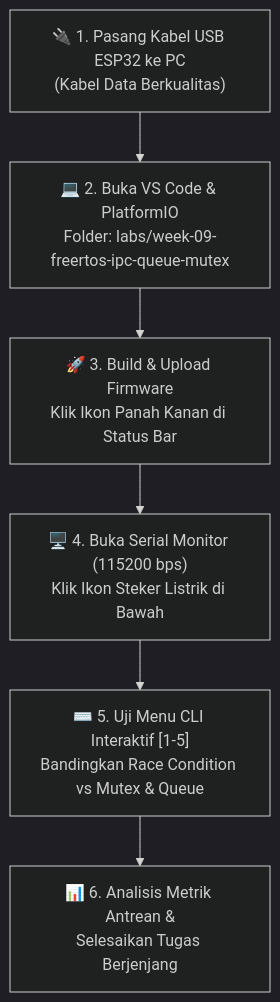
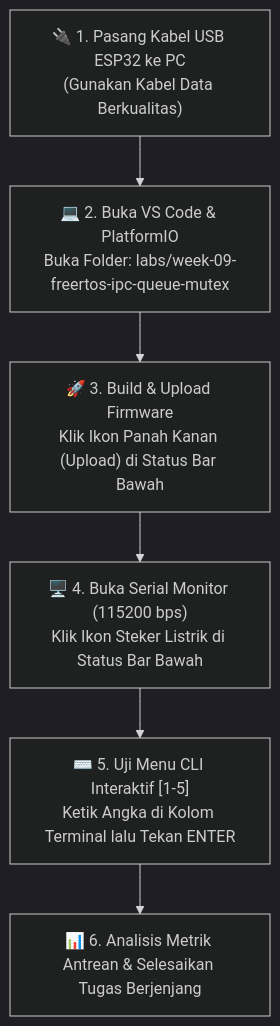
One commit to antonprafanto/embeddedsystem changed the first of 2 diagrams in labs/week-09-freertos-ipc-queue-mutex/README.md. Above: the diagram before and after it, drawn with Mermaid (dark theme). The commit also changed other lines of this file and 7 other files, not shown here.

Commit message:
docs(week-09): enhance beginner-friendly guide with 6 technical diagrams, onboarding tools, and academic citations

````diff
--- a/labs/week-09-freertos-ipc-queue-mutex/README.md
+++ b/labs/week-09-freertos-ipc-queue-mutex/README.md
@@ -22,8 +24,8 @@
 ```mermaid
 flowchart TD
-    A["🔌 1. Pasang Kabel USB ESP32 ke PC<br>(Kabel Data Berkualitas)"] --> B["💻 2. Buka VS Code & PlatformIO<br>Folder: labs/week-09-freertos-ipc-queue-mutex"]
-    B --> C["🚀 3. Build & Upload Firmware<br>Klik Ikon Panah Kanan di Status Bar"]
-    C --> D["🖥️ 4. Buka Serial Monitor (115200 bps)<br>Klik Ikon Steker Listrik di Bawah"]
-    D --> E["⌨️ 5. Uji Menu CLI Interaktif [1-5]<br>Bandingkan Race Condition vs Mutex & Queue"]
-    E --> F["📊 6. Analisis Metrik Antrean &<br>Selesaikan Tugas Berjenjang"]
+    A["🔌 1. Pasang Kabel USB ESP32 ke PC<br>(Gunakan Kabel Data Berkualitas)"] --> B["💻 2. Buka VS Code & PlatformIO<br>Buka Folder: labs/week-09-freertos-ipc-queue-mutex"]
+    B --> C["🚀 3. Build & Upload Firmware<br>Klik Ikon Panah Kanan (Upload) di Status Bar Bawah"]
+    C --> D["🖥️ 4. Buka Serial Monitor (115200 bps)<br>Klik Ikon Steker Listrik di Status Bar Bawah"]
+    D --> E["⌨️ 5. Uji Menu CLI Interaktif [1-5]<br>Ketik Angka di Kolom Terminal lalu Tekan ENTER"]
+    E --> F["📊 6. Analisis Metrik Antrean & Selesaikan Tugas Berjenjang"]
 ```
````
